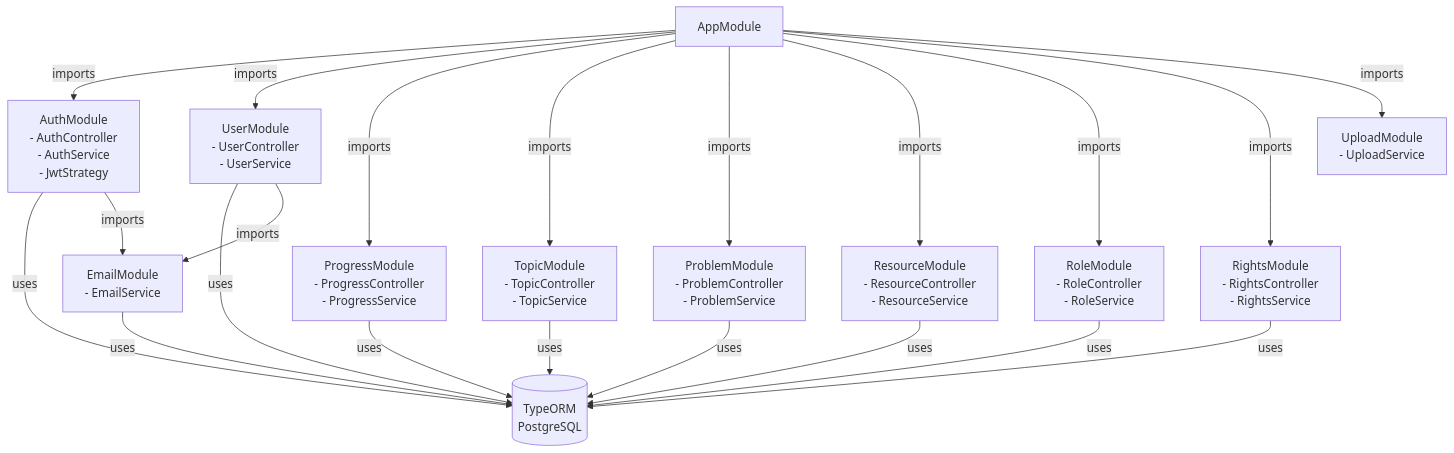
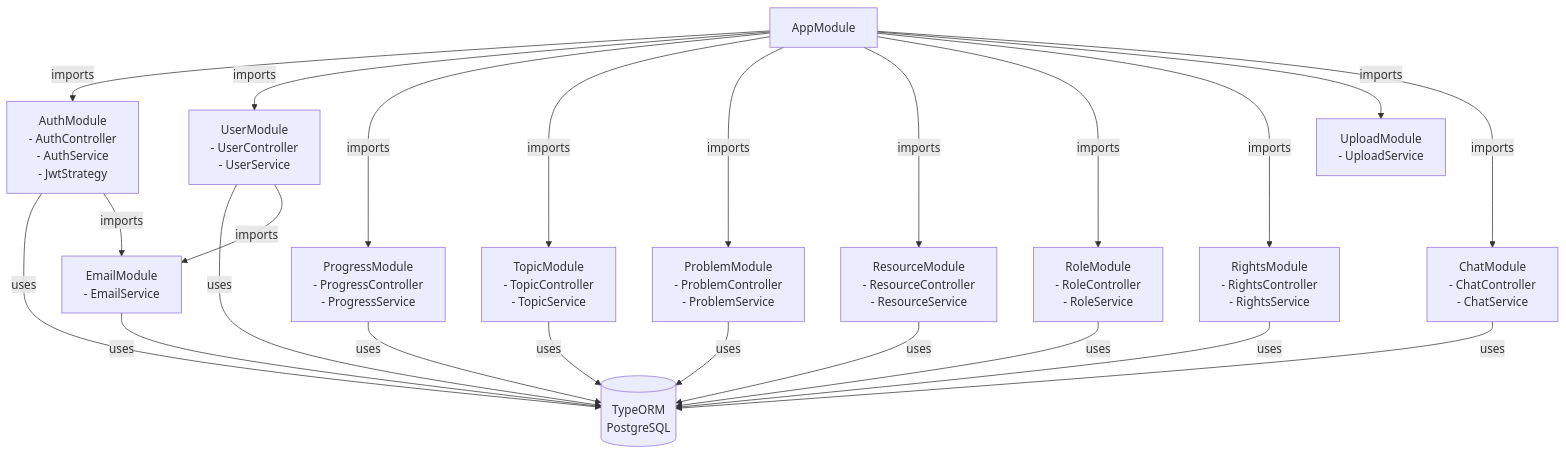
Before and after one commit to tusharb8/dsa_sheet: diagram 18 of 18 in LLD.md, drawn with Mermaid. The commit also changed other lines of this file and 14 other files, not shown here.

````diff
--- a/LLD.md
+++ b/LLD.md
@@ -834,40 +920,43 @@
 ```mermaid
 graph TB
     AppModule["AppModule"]
     
     AuthModule["AuthModule<br/>- AuthController<br/>- AuthService<br/>- JwtStrategy"]
     UserModule["UserModule<br/>- UserController<br/>- UserService"]
     ProgressModule["ProgressModule<br/>- ProgressController<br/>- ProgressService"]
     TopicModule["TopicModule<br/>- TopicController<br/>- TopicService"]
     ProblemModule["ProblemModule<br/>- ProblemController<br/>- ProblemService"]
     ResourceModule["ResourceModule<br/>- ResourceController<br/>- ResourceService"]
     RoleModule["RoleModule<br/>- RoleController<br/>- RoleService"]
     RightsModule["RightsModule<br/>- RightsController<br/>- RightsService"]
     EmailModule["EmailModule<br/>- EmailService"]
     UploadModule["UploadModule<br/>- UploadService"]
+    ChatModule["ChatModule<br/>- ChatController<br/>- ChatService"]
     
     DB[(TypeORM<br/>PostgreSQL)]
     
     AppModule -->|imports| AuthModule
     AppModule -->|imports| UserModule
     AppModule -->|imports| ProgressModule
     AppModule -->|imports| TopicModule
     AppModule -->|imports| ProblemModule
     AppModule -->|imports| ResourceModule
     AppModule -->|imports| RoleModule
     AppModule -->|imports| RightsModule
     AppModule -->|imports| UploadModule
+    AppModule -->|imports| ChatModule
     
     AuthModule -->|uses| DB
     UserModule -->|uses| DB
     ProgressModule -->|uses| DB
     TopicModule -->|uses| DB
     ProblemModule -->|uses| DB
     ResourceModule -->|uses| DB
     RoleModule -->|uses| DB
     RightsModule -->|uses| DB
+    ChatModule -->|uses| DB
     
     AuthModule -->|imports| EmailModule
     UserModule -->|imports| EmailModule
     EmailModule -->|uses| DB
 ```
````
